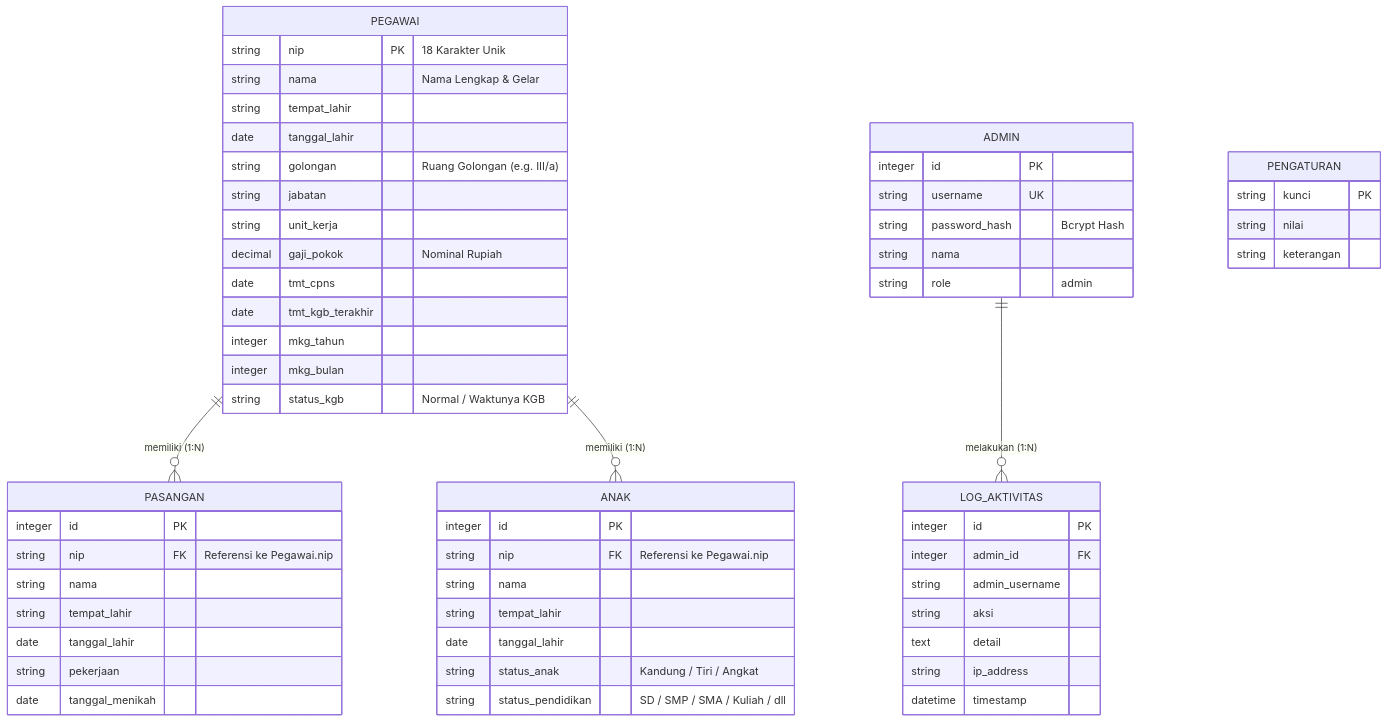
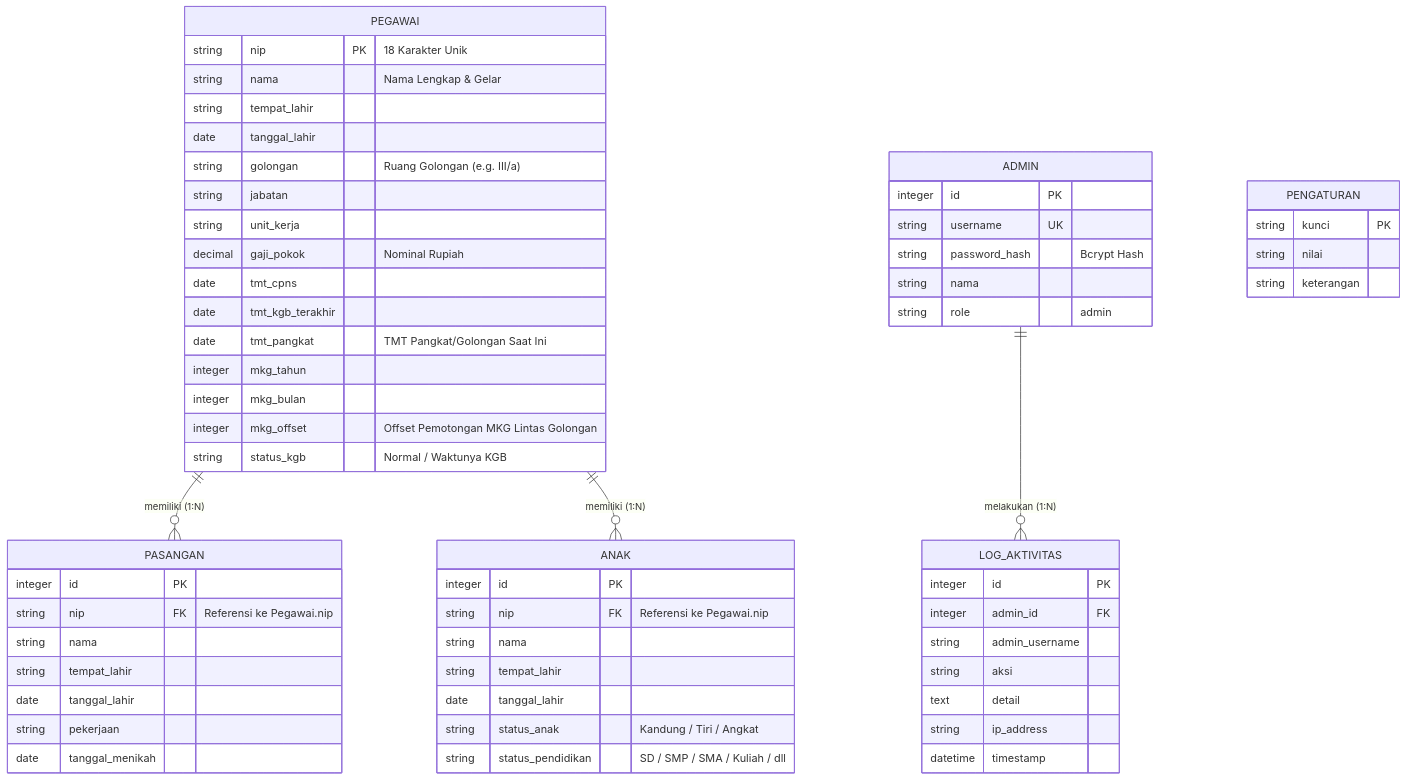
The diagram in SRS.md (avifarya15/Sistem-Otamatisasi-Surat-KP4), drawn with Mermaid before and after one commit. The commit also changed other lines of this file and 1 other file, not shown here.

Commit message:
docs: Perbarui SRS v1.2.0 dan README - Fitur Modal Profil, Auto-MKG TMT aturan BKN, Tabel Gaji PP5/2024, dan Spesifikasi Kebutuhan Data ASN

````diff
--- a/SRS.md
+++ b/SRS.md
@@ -345,65 +397,67 @@
 ```mermaid
 erDiagram
     PEGAWAI ||--o{ PASANGAN : "memiliki (1:N)"
     PEGAWAI ||--o{ ANAK : "memiliki (1:N)"
     ADMIN ||--o{ LOG_AKTIVITAS : "melakukan (1:N)"
     PENGATURAN {
         string kunci PK
         string nilai
         string keterangan
     }
 
     PEGAWAI {
         string nip PK "18 Karakter Unik"
         string nama "Nama Lengkap & Gelar"
         string tempat_lahir
         date tanggal_lahir
         string golongan "Ruang Golongan (e.g. III/a)"
         string jabatan
         string unit_kerja
         decimal gaji_pokok "Nominal Rupiah"
         date tmt_cpns
         date tmt_kgb_terakhir
+        date tmt_pangkat "TMT Pangkat/Golongan Saat Ini"
         integer mkg_tahun
         integer mkg_bulan
+        integer mkg_offset "Offset Pemotongan MKG Lintas Golongan"
         string status_kgb "Normal / Waktunya KGB"
     }
 
     PASANGAN {
         integer id PK
         string nip FK "Referensi ke Pegawai.nip"
         string nama
         string tempat_lahir
         date tanggal_lahir
         string pekerjaan
         date tanggal_menikah
     }
 
     ANAK {
         integer id PK
         string nip FK "Referensi ke Pegawai.nip"
         string nama
         string tempat_lahir
         date tanggal_lahir
         string status_anak "Kandung / Tiri / Angkat"
         string status_pendidikan "SD / SMP / SMA / Kuliah / dll"
     }
 
     ADMIN {
         integer id PK
         string username UK
         string password_hash "Bcrypt Hash"
         string nama
         string role "admin"
     }
 
     LOG_AKTIVITAS {
         integer id PK
         integer admin_id FK
         string admin_username
         string aksi
         text detail
         string ip_address
         datetime timestamp
     }
 ```
````
